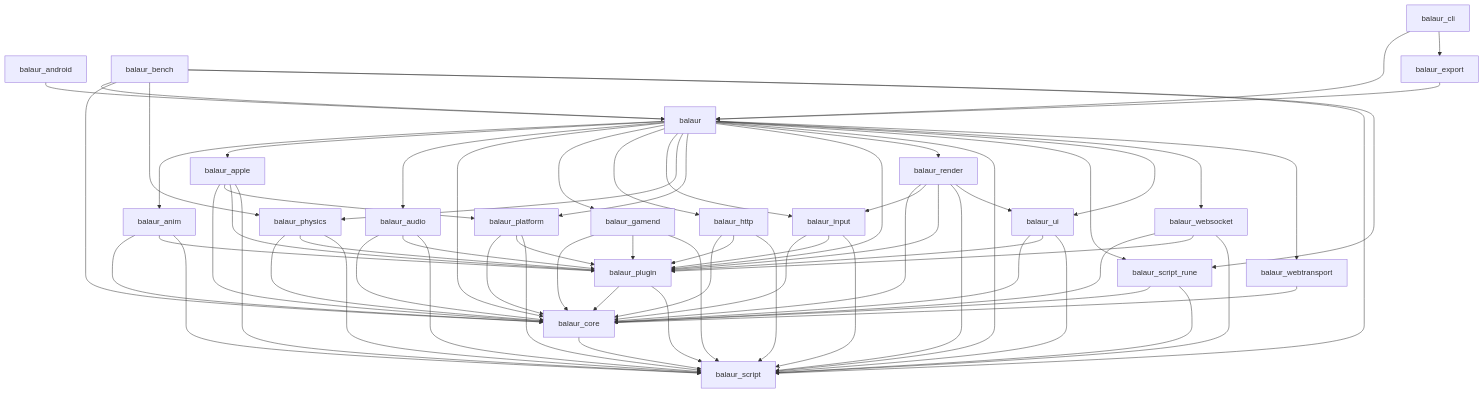
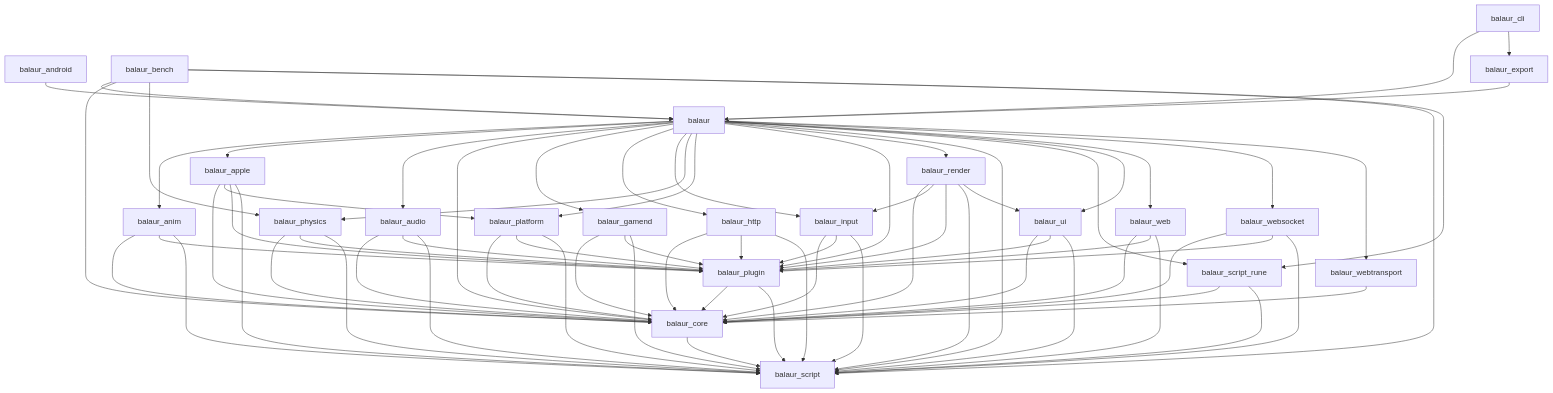
One commit to balaurengine/balaur changed the diagram in docs/generated/crate-graph.md. Above: the diagram before and after it, drawn with Mermaid. The commit also changed 120 other files, not shown here.

```diff
--- a/docs/generated/crate-graph.md
+++ b/docs/generated/crate-graph.md
@@ -26,6 +26,7 @@
   balaur_script[balaur_script]
   balaur_script_rune[balaur_script_rune]
   balaur_ui[balaur_ui]
+  balaur_web[balaur_web]
   balaur_websocket[balaur_websocket]
   balaur_webtransport[balaur_webtransport]
   balaur --> balaur_anim
@@ -42,6 +43,7 @@
   balaur --> balaur_script
   balaur --> balaur_script_rune
   balaur --> balaur_ui
+  balaur --> balaur_web
   balaur --> balaur_websocket
   balaur --> balaur_webtransport
   balaur_android --> balaur
@@ -91,6 +93,9 @@
   balaur_ui --> balaur_core
   balaur_ui --> balaur_plugin
   balaur_ui --> balaur_script
+  balaur_web --> balaur_core
+  balaur_web --> balaur_plugin
+  balaur_web --> balaur_script
   balaur_websocket --> balaur_core
   balaur_websocket --> balaur_plugin
   balaur_websocket --> balaur_script
```
